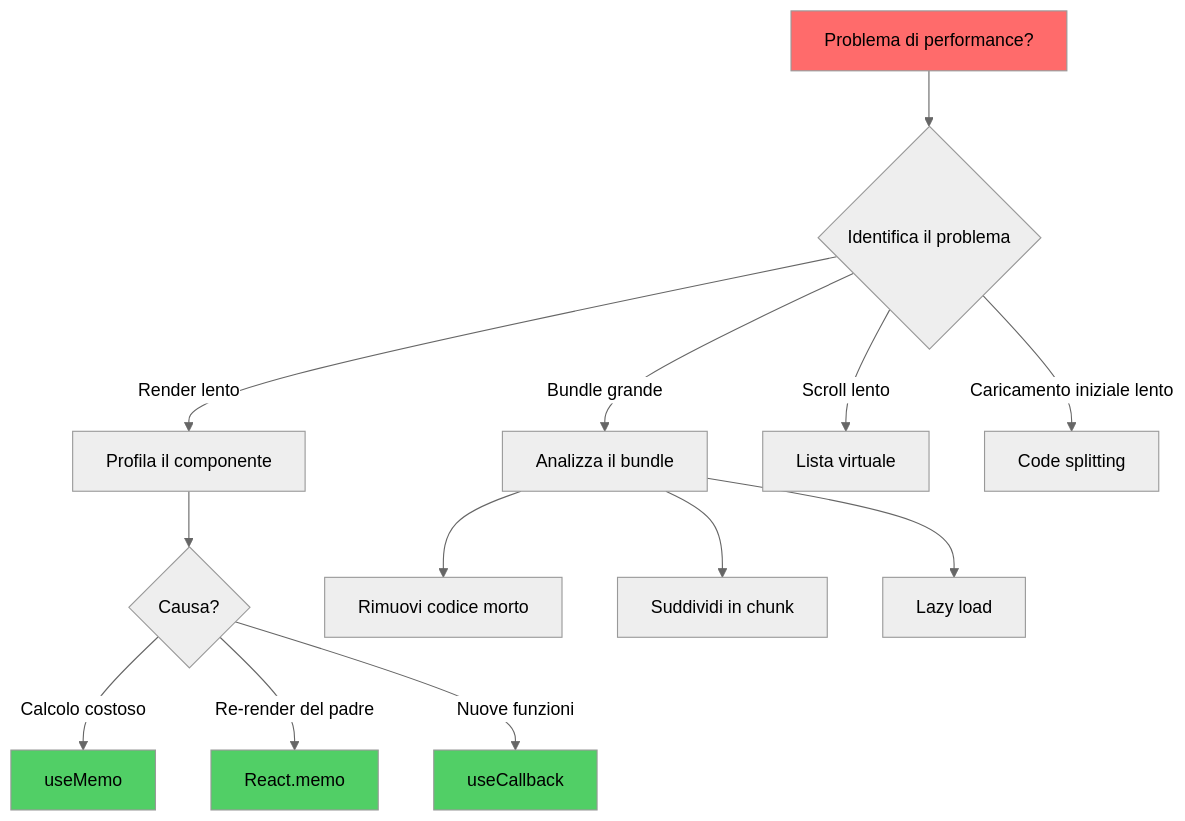
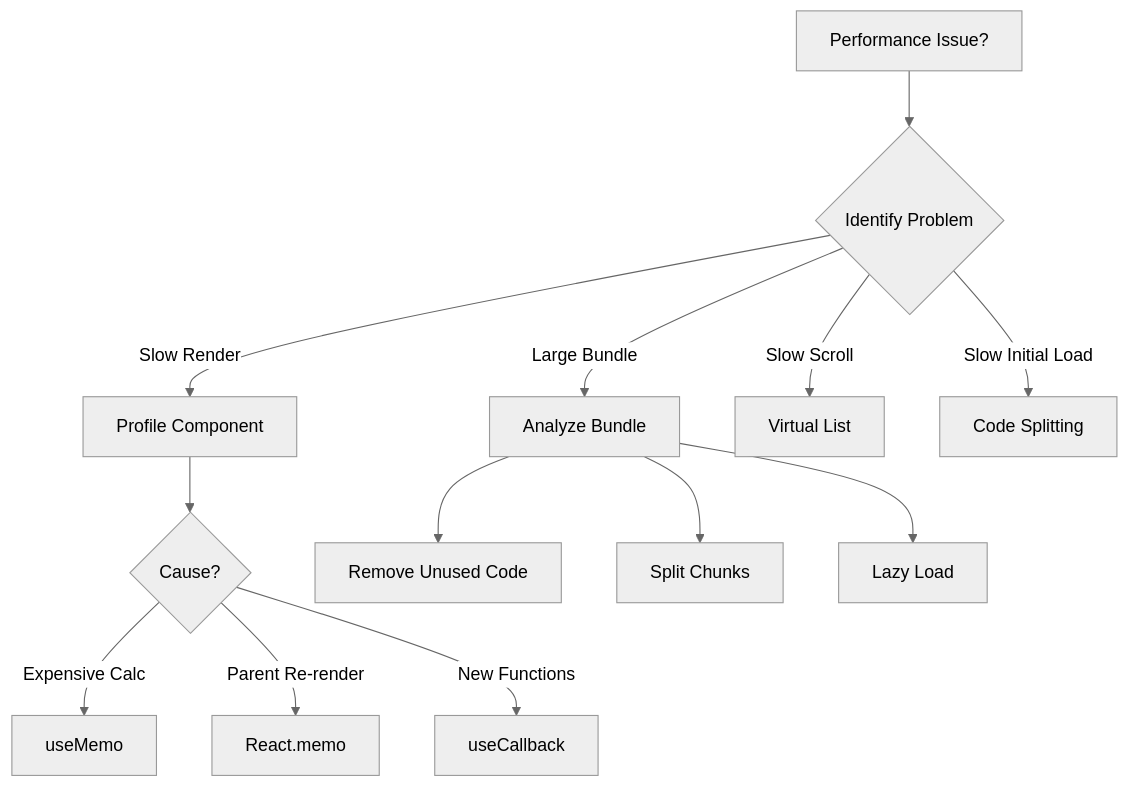
Before and after one commit to BabaScience/react-guides: the fifth of 5 diagrams in arguments/chapters/it/09-performance-optimization.md, drawn with Mermaid (neutral theme). The commit also changed other lines of this file and 29 other files, not shown here.

First line of the commit message:
Bring React FR/IT translations to full English parity + theme-safe diagrams

````diff
--- a/arguments/chapters/it/09-performance-optimization.md
+++ b/arguments/chapters/it/09-performance-optimization.md
@@ -278,23 +1897,19 @@
 ```mermaid
 graph TD
-    A["Problema di performance?"] --> B{"Identifica il problema"}
-
-    B -->|Render lento| C["Profila il componente"]
-    B -->|Bundle grande| D["Analizza il bundle"]
-    B -->|Scroll lento| E["Lista virtuale"]
-    B -->|Caricamento iniziale lento| F["Code splitting"]
-
-    C --> G{"Causa?"}
-    G -->|Calcolo costoso| H["useMemo"]
-    G -->|Re-render del padre| I["React.memo"]
-    G -->|Nuove funzioni| J["useCallback"]
-
-    D --> K["Rimuovi codice morto"]
-    D --> L["Suddividi in chunk"]
-    D --> M["Lazy load"]
-
-    style A fill:#ff6b6b
-    style H fill:#51cf66
-    style I fill:#51cf66
-    style J fill:#51cf66
+    A[Performance Issue?] --> B{Identify Problem}
+    
+    B -->|Slow Render| C[Profile Component]
+    B -->|Large Bundle| D[Analyze Bundle]
+    B -->|Slow Scroll| E[Virtual List]
+    B -->|Slow Initial Load| F[Code Splitting]
+    
+    C --> G{Cause?}
+    G -->|Expensive Calc| H[useMemo]
+    G -->|Parent Re-render| I[React.memo]
+    G -->|New Functions| J[useCallback]
+    
+    D --> K[Remove Unused Code]
+    D --> L[Split Chunks]
+    D --> M[Lazy Load]
+    
 ```
````
